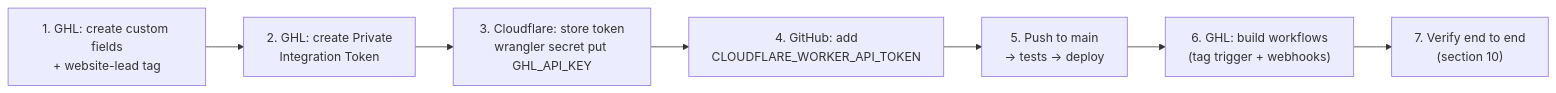
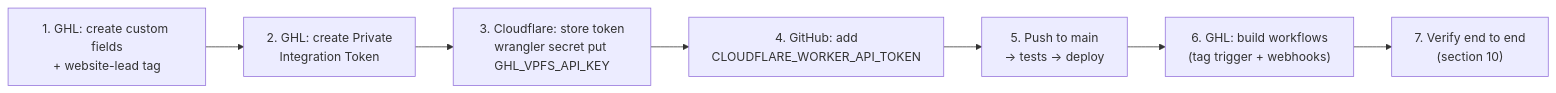
Before and after one commit to VantagePointFacilityServices/vpfs-website: the tenth of 11 diagrams in docs/WORKER.md, drawn with Mermaid. The commit also changed other lines of this file and 7 other files, not shown here.

First line of the commit message:
Worker: brand-prefixed GHL env names (GHL_VPFS_*, GHL_VPP_*)

````diff
--- a/docs/WORKER.md
+++ b/docs/WORKER.md
@@ -615,9 +617,9 @@
 ```mermaid
 flowchart LR
     A["1. GHL: create custom fields<br/>+ website-lead tag"] --> B["2. GHL: create Private<br/>Integration Token"]
-    B --> C["3. Cloudflare: store token<br/>wrangler secret put GHL_API_KEY"]
+    B --> C["3. Cloudflare: store token<br/>wrangler secret put GHL_VPFS_API_KEY"]
     C --> D["4. GitHub: add<br/>CLOUDFLARE_WORKER_API_TOKEN"]
     D --> E["5. Push to main<br/>→ tests → deploy"]
     E --> F["6. GHL: build workflows<br/>(tag trigger + webhooks)"]
     F --> G["7. Verify end to end<br/>(section 10)"]
 ```
````
